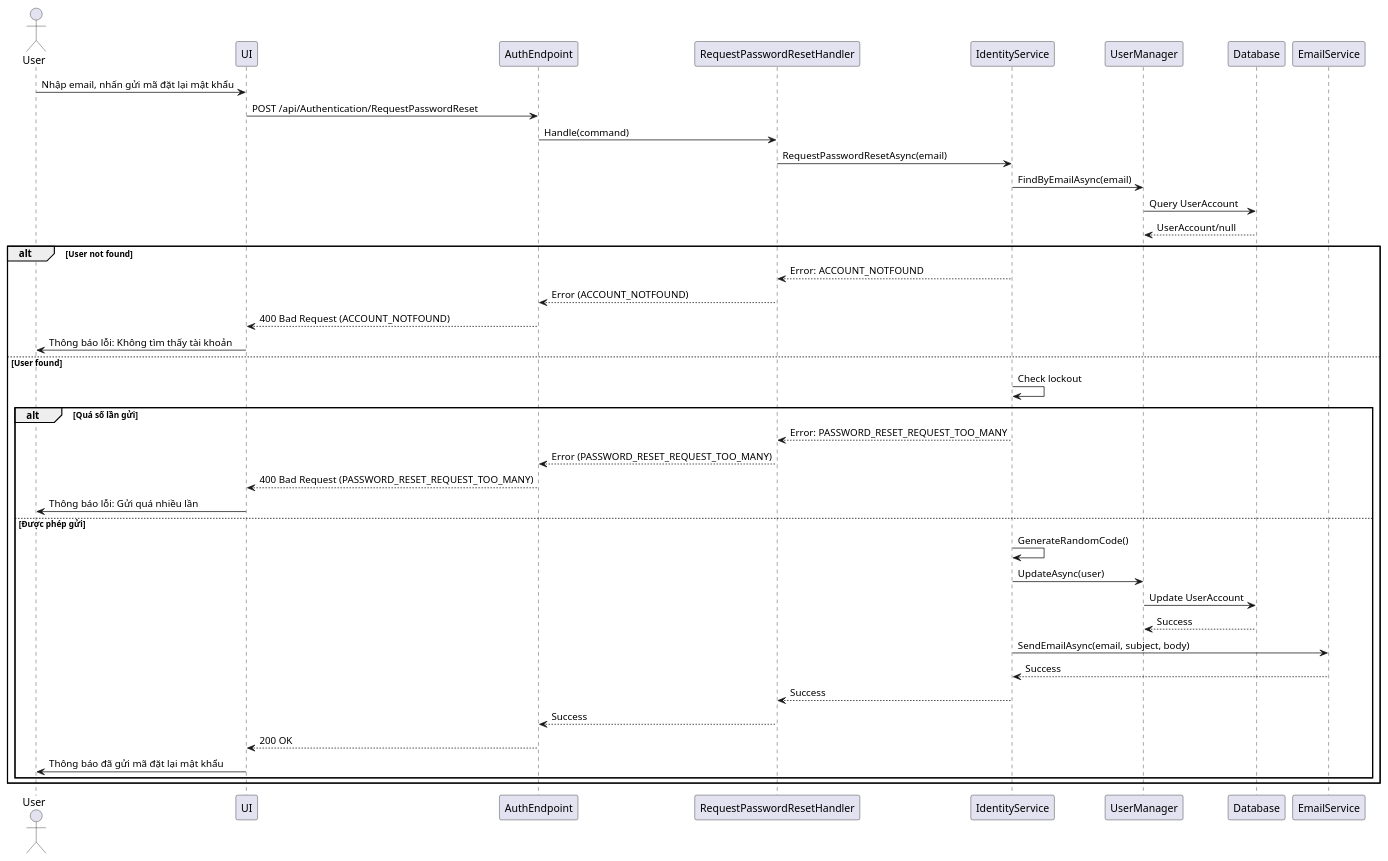
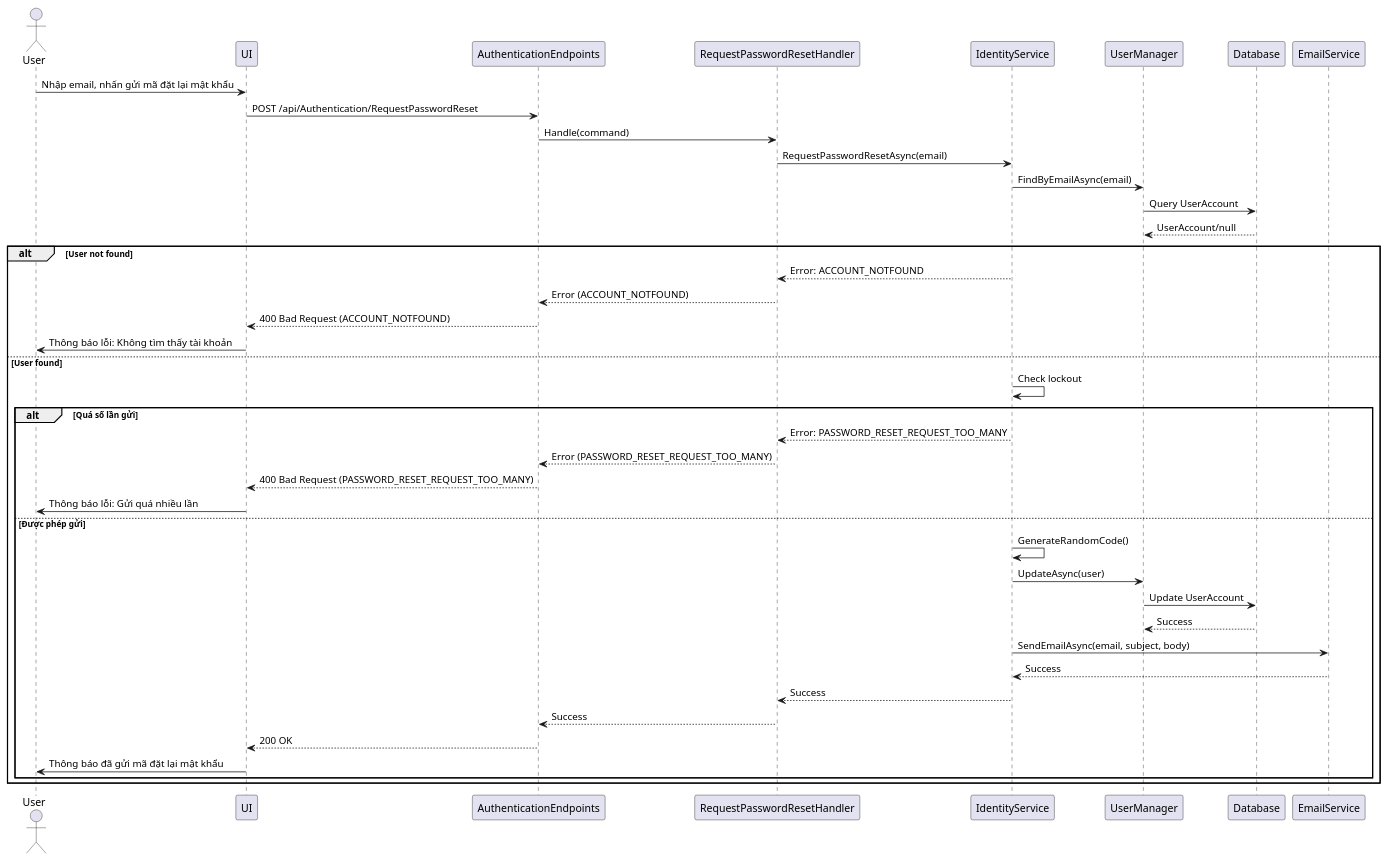
Before and after one commit to thanhkhac/SEP_Diagram: the diagram in authentication/Sequence/08_RequestResetPassword.puml, drawn with PlantUML. The commit also changed 7 other files, not shown here.

First line of the commit message:
Rename AuthEndpoint to AuthenticationEndpoints in diagrams

```diff
--- a/authentication/Sequence/08_RequestResetPassword.puml
+++ b/authentication/Sequence/08_RequestResetPassword.puml
@@ -1,43 +1,43 @@
 @startuml
 actor User
 participant UI
-participant AuthEndpoint
+participant AuthenticationEndpoints
 participant RequestPasswordResetHandler
 participant IdentityService
 participant UserManager
 participant Database
 participant EmailService
 
 User -> UI : Nhập email, nhấn gửi mã đặt lại mật khẩu
-UI -> AuthEndpoint : POST /api/Authentication/RequestPasswordReset
-AuthEndpoint -> RequestPasswordResetHandler : Handle(command)
+UI -> AuthenticationEndpoints : POST /api/Authentication/RequestPasswordReset
+AuthenticationEndpoints -> RequestPasswordResetHandler : Handle(command)
 RequestPasswordResetHandler -> IdentityService : RequestPasswordResetAsync(email)
 IdentityService -> UserManager : FindByEmailAsync(email)
 UserManager -> Database : Query UserAccount
 Database --> UserManager : UserAccount/null
 alt User not found
     IdentityService --> RequestPasswordResetHandler : Error: ACCOUNT_NOTFOUND
-    RequestPasswordResetHandler --> AuthEndpoint : Error (ACCOUNT_NOTFOUND)
-    AuthEndpoint --> UI : 400 Bad Request (ACCOUNT_NOTFOUND)
+    RequestPasswordResetHandler --> AuthenticationEndpoints : Error (ACCOUNT_NOTFOUND)
+    AuthenticationEndpoints --> UI : 400 Bad Request (ACCOUNT_NOTFOUND)
     UI -> User : Thông báo lỗi: Không tìm thấy tài khoản
 else User found
     IdentityService -> IdentityService : Check lockout
     alt Quá số lần gửi
         IdentityService --> RequestPasswordResetHandler : Error: PASSWORD_RESET_REQUEST_TOO_MANY
-        RequestPasswordResetHandler --> AuthEndpoint : Error (PASSWORD_RESET_REQUEST_TOO_MANY)
-        AuthEndpoint --> UI : 400 Bad Request (PASSWORD_RESET_REQUEST_TOO_MANY)
+        RequestPasswordResetHandler --> AuthenticationEndpoints : Error (PASSWORD_RESET_REQUEST_TOO_MANY)
+        AuthenticationEndpoints --> UI : 400 Bad Request (PASSWORD_RESET_REQUEST_TOO_MANY)
         UI -> User : Thông báo lỗi: Gửi quá nhiều lần
     else Được phép gửi
         IdentityService -> IdentityService : GenerateRandomCode()
         IdentityService -> UserManager : UpdateAsync(user)
         UserManager -> Database : Update UserAccount
         Database --> UserManager : Success
         IdentityService -> EmailService : SendEmailAsync(email, subject, body)
         EmailService --> IdentityService : Success
         IdentityService --> RequestPasswordResetHandler : Success
-        RequestPasswordResetHandler --> AuthEndpoint : Success
-        AuthEndpoint --> UI : 200 OK
+        RequestPasswordResetHandler --> AuthenticationEndpoints : Success
+        AuthenticationEndpoints --> UI : 200 OK
         UI -> User : Thông báo đã gửi mã đặt lại mật khẩu
     end
 end
 @enduml
```
